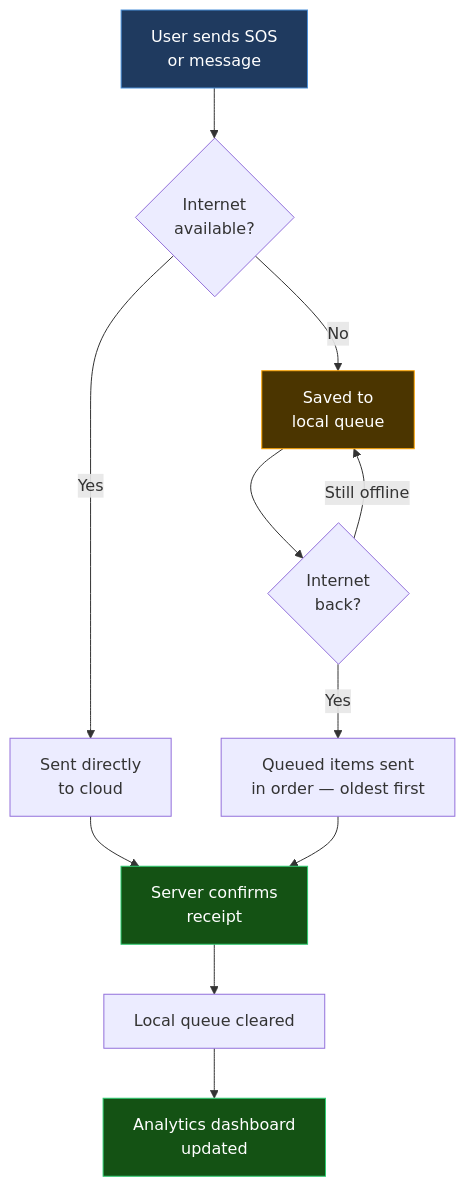
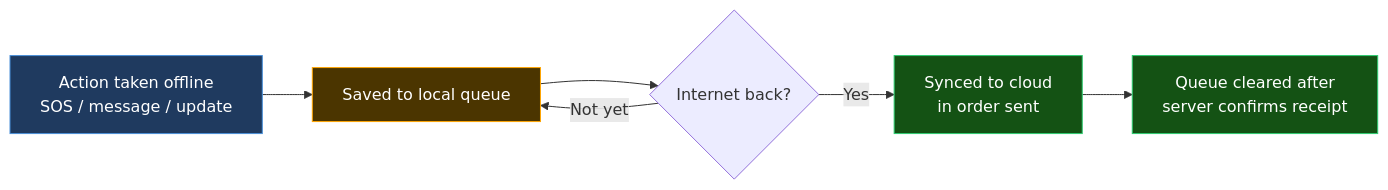
The second of 2 diagrams in README.md (angelverman2021-a11y/sahara), drawn with Mermaid before and after one commit. The commit also changed other lines of this file, not shown here.

````diff
--- a/README.md
+++ b/README.md
@@ -273,18 +199,17 @@
 ```mermaid
-flowchart TD
-    A["User sends SOS\nor message"] --> B{"Internet\navailable?"}
-    B -->|"Yes"| C["Sent directly\nto cloud"]
-    B -->|"No"| D["Saved to\nlocal queue"]
-    D --> E{"Internet\nback?"}
-    E -->|"Still offline"| D
-    E -->|"Yes"| F["Queued items sent\nin order — oldest first"]
-    C --> G["Server confirms\nreceipt"]
-    F --> G
-    G --> H["Local queue cleared"]
-    H --> I["Analytics dashboard\nupdated"]
+flowchart LR
+    A["Action taken offline\nSOS / message / update"]
+    B["Saved to local queue"]
+    C{"Internet back?"}
+    D["Synced to cloud\nin order sent"]
+    E["Queue cleared after\nserver confirms receipt"]
+
+    A --> B --> C
+    C -->|"Not yet"| B
+    C -->|"Yes"| D --> E
 
     style A fill:#1F3A5F,color:#fff,stroke:#4A90D9
-    style D fill:#4B3500,color:#fff,stroke:#FFA500
-    style G fill:#145214,color:#fff,stroke:#2ECC71
-    style I fill:#145214,color:#fff,stroke:#2ECC71
+    style B fill:#4B3500,color:#fff,stroke:#FFA500
+    style D fill:#145214,color:#fff,stroke:#2ECC71
+    style E fill:#145214,color:#fff,stroke:#2ECC71
 ```
````
